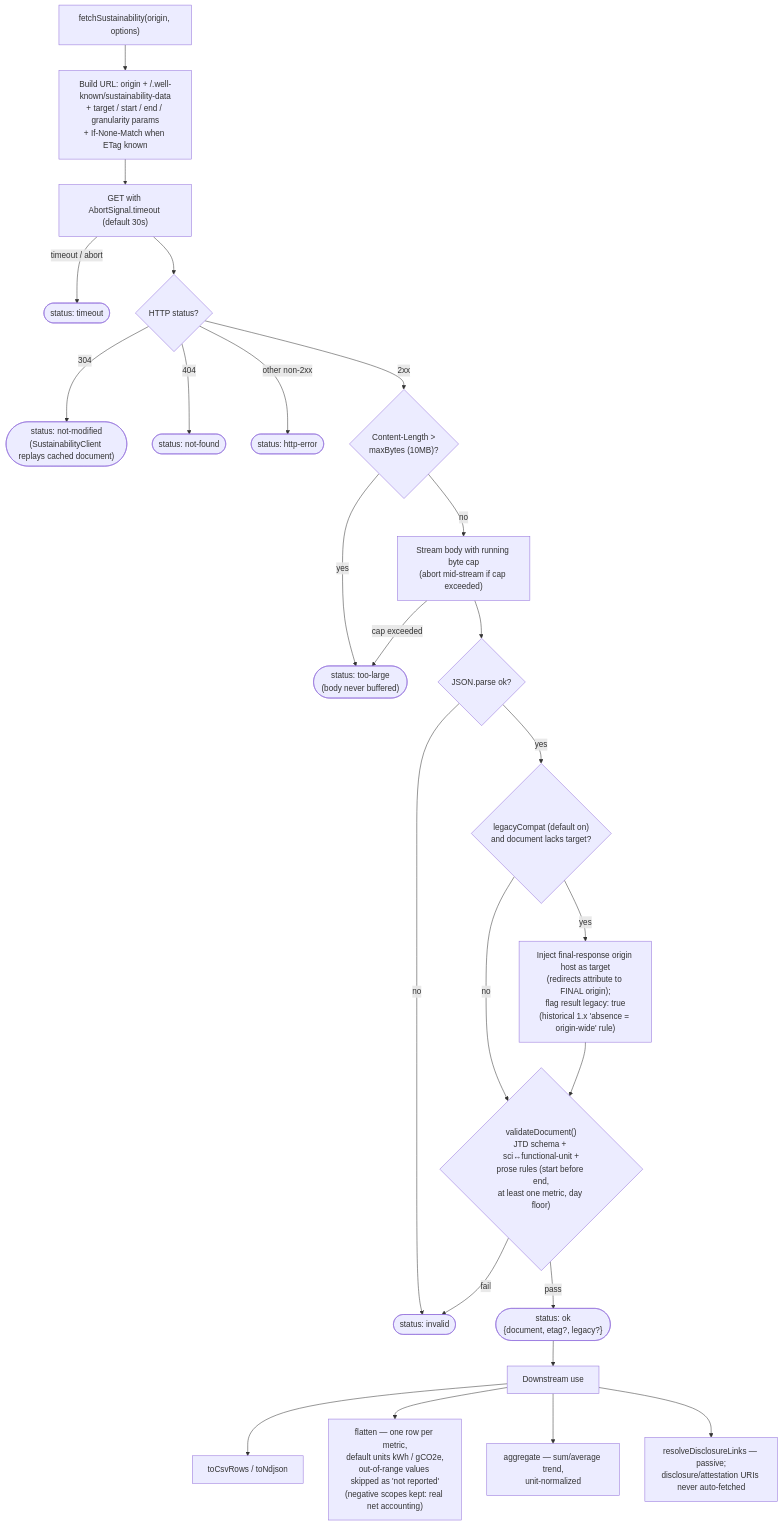
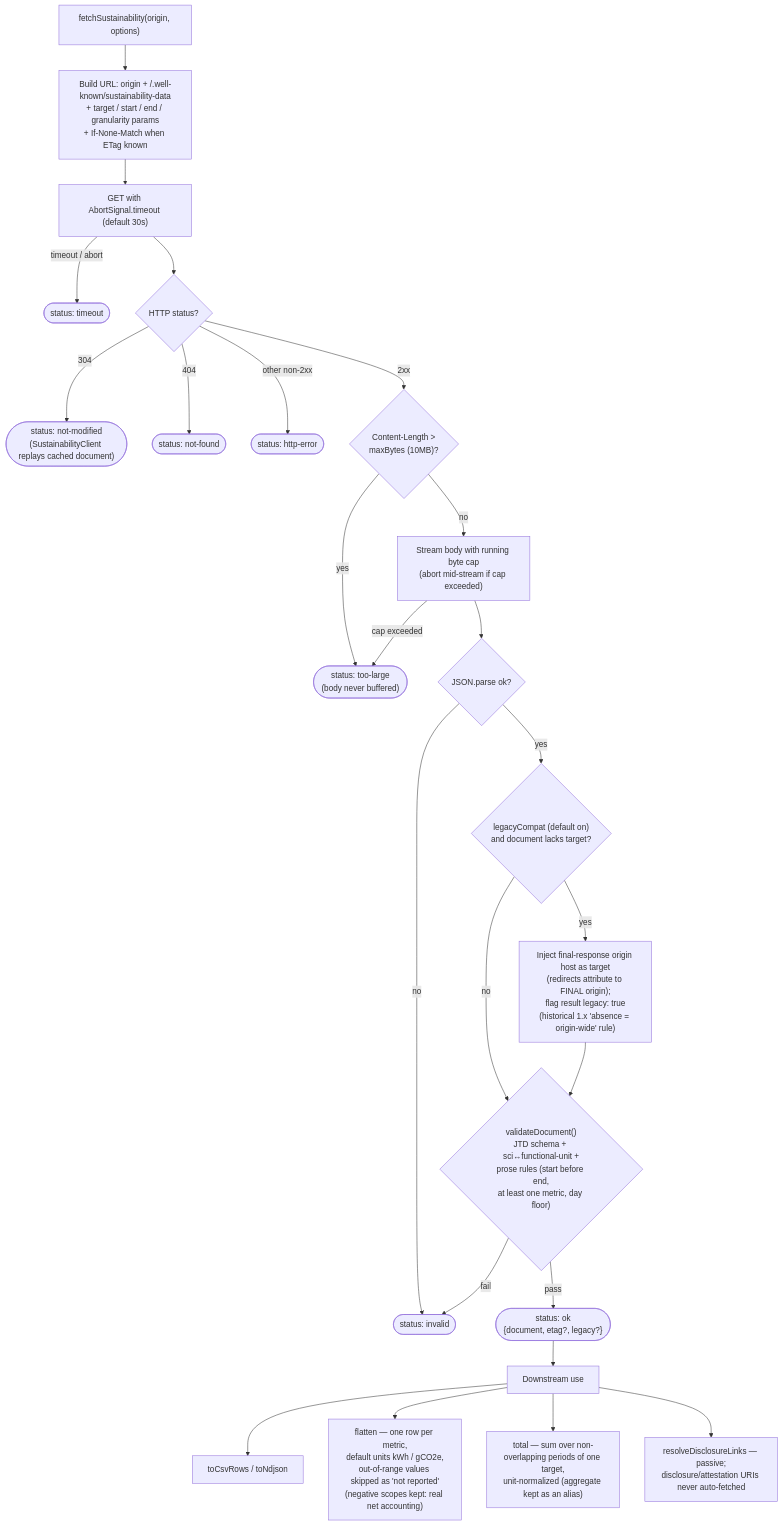
One commit to andreibesleaga/rfc-sustainability-wellknown changed the diagram in architecture/diagrams/consumer-flow.mmd. Above: the diagram before and after it, drawn with Mermaid. The commit also changed 58 other files, not shown here.

Commit message:
0.8.1: linear validation checks on npm, dependents on ^0.8.1, kit image builds in CI, docs and diagrams current

```diff
--- a/architecture/diagrams/consumer-flow.mmd
+++ b/architecture/diagrams/consumer-flow.mmd
@@ -1,31 +1,31 @@
 flowchart TD
     START["fetchSustainability(origin, options)"] --> URL["Build URL: origin + /.well-known/sustainability-data<br/>+ target / start / end / granularity params<br/>+ If-None-Match when ETag known"]
     URL --> REQ["GET with AbortSignal.timeout (default 30s)"]
 
     REQ -- "timeout / abort" --> TMO(["status: timeout"])
     REQ --> ST{"HTTP status?"}
     ST -- "304" --> NM(["status: not-modified<br/>(SustainabilityClient replays cached document)"])
     ST -- "404" --> NF(["status: not-found"])
     ST -- "other non-2xx" --> HE(["status: http-error"])
     ST -- "2xx" --> CL{"Content-Length ><br/>maxBytes (10MB)?"}
 
     CL -- "yes" --> TL(["status: too-large<br/>(body never buffered)"])
     CL -- "no" --> READ["Stream body with running byte cap<br/>(abort mid-stream if cap exceeded)"]
     READ -- "cap exceeded" --> TL
     READ --> PARSE{"JSON.parse ok?"}
     PARSE -- "no" --> INV(["status: invalid"])
 
     PARSE -- "yes" --> LC{"legacyCompat (default on)<br/>and document lacks target?"}
     LC -- "yes" --> INJ["Inject final-response origin host as target<br/>(redirects attribute to FINAL origin);<br/>flag result legacy: true<br/>(historical 1.x 'absence = origin-wide' rule)"]
     LC -- "no" --> VAL
     INJ --> VAL
 
     VAL{"validateDocument()<br/>JTD schema + sci↔functional-unit +<br/>prose rules (start before end,<br/>at least one metric, day floor)"}
     VAL -- "fail" --> INV
     VAL -- "pass" --> OK(["status: ok<br/>{document, etag?, legacy?}"])
 
     OK --> USE["Downstream use"]
     USE --> T1["toCsvRows / toNdjson"]
     USE --> T2["flatten — one row per metric,<br/>default units kWh / gCO2e,<br/>out-of-range values skipped as 'not reported'<br/>(negative scopes kept: real net accounting)"]
-    USE --> T3["aggregate — sum/average trend,<br/>unit-normalized"]
+    USE --> T3["total — sum over non-overlapping periods of one target,<br/>unit-normalized (aggregate kept as an alias)"]
     USE --> T4["resolveDisclosureLinks — passive;<br/>disclosure/attestation URIs never auto-fetched"]
```
